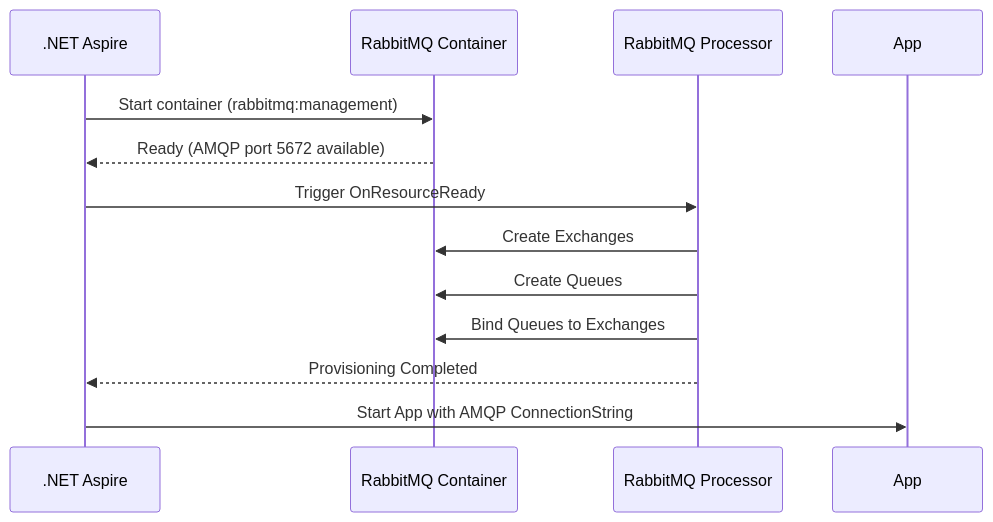
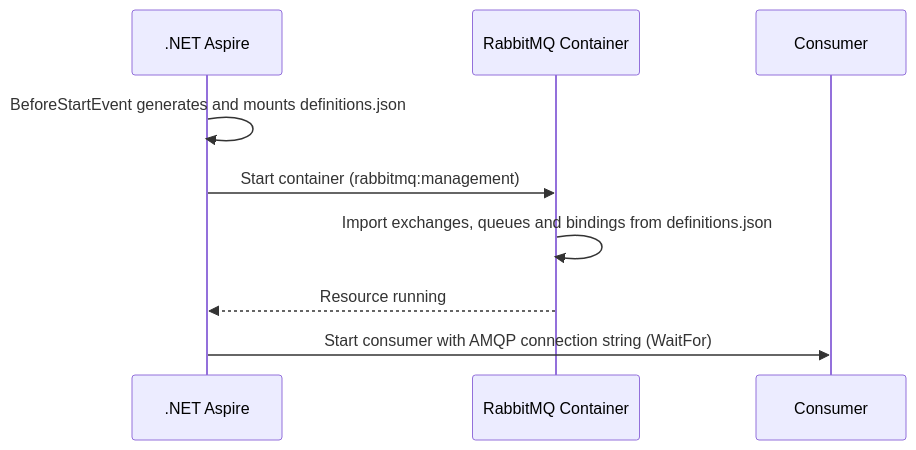
The diagram in src/MVFC.Aspire.Helpers.RabbitMQ/README.md (Marcus-V-Freitas/MVFC.Aspire.Helpers), drawn with Mermaid before and after one commit. The commit also changed other lines of this file and 74 other files, not shown here.

````diff
--- a/src/MVFC.Aspire.Helpers.RabbitMQ/README.md
+++ b/src/MVFC.Aspire.Helpers.RabbitMQ/README.md
@@ -94,15 +98,12 @@
 ```mermaid
 sequenceDiagram
     participant Aspire as .NET Aspire
     participant Container as RabbitMQ Container
-    participant Configurator as RabbitMQ Processor
-    
+    participant App as Consumer
+
+    Aspire->>Aspire: BeforeStartEvent generates and mounts definitions.json
     Aspire->>Container: Start container (rabbitmq:management)
-    Container-->>Aspire: Ready (AMQP port 5672 available)
-    Aspire->>Configurator: Trigger OnResourceReady
-    Configurator->>Container: Create Exchanges
-    Configurator->>Container: Create Queues
-    Configurator->>Container: Bind Queues to Exchanges
-    Configurator-->>Aspire: Provisioning Completed
-    Aspire->>App: Start App with AMQP ConnectionString
+    Container->>Container: Import exchanges, queues and bindings from definitions.json
+    Container-->>Aspire: Resource running
+    Aspire->>App: Start consumer with AMQP connection string (WaitFor)
 ```
````
